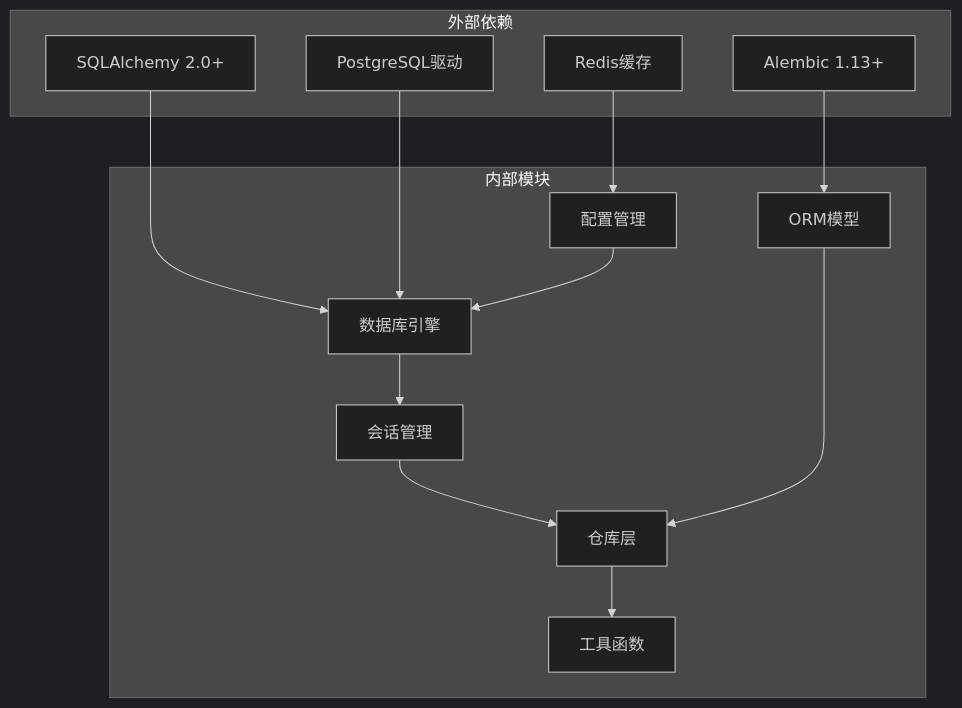
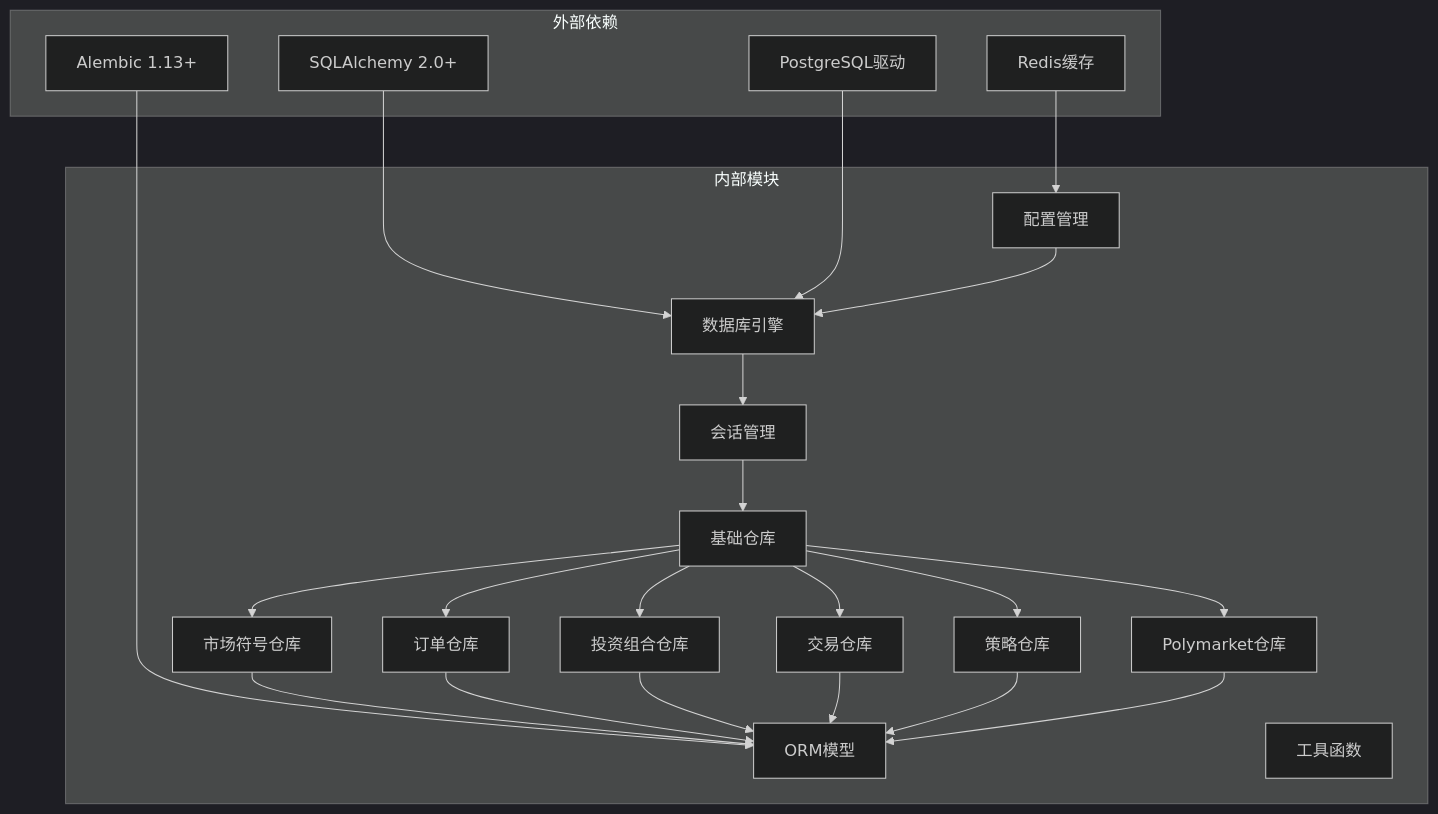
One commit to joezxh/QuantDinger changed diagram 11 of 11 in .qoder/repowiki/zh/content/核心功能模块/数据库现代化与ORM架构.md. Above: the diagram before and after it, drawn with Mermaid (dark theme). The commit also changed other lines of this file and 28 other files, not shown here.

````diff
--- a/.qoder/repowiki/zh/content/核心功能模块/数据库现代化与ORM架构.md
+++ b/.qoder/repowiki/zh/content/核心功能模块/数据库现代化与ORM架构.md
@@ -382,26 +720,42 @@
 ```mermaid
 graph TB
 subgraph "外部依赖"
 SQLAlchemy[SQLAlchemy 2.0+]
 Alembic[Alembic 1.13+]
 PostgreSQL[PostgreSQL驱动]
 Redis[Redis缓存]
 end
 subgraph "内部模块"
 Engine[数据库引擎]
 Session[会话管理]
+BaseRepo[基础仓库]
+MarketRepo[市场符号仓库]
+OrderRepo[订单仓库]
+PortfolioRepo[投资组合仓库]
+TradeRepo[交易仓库]
+StrategyRepo[策略仓库]
+PolymarketRepo[Polymarket仓库]
 Models[ORM模型]
-Repositories[仓库层]
 Utils[工具函数]
 Config[配置管理]
 end
 SQLAlchemy --> Engine
 Alembic --> Models
 PostgreSQL --> Engine
 Redis --> Config
 Engine --> Session
-Session --> Repositories
-Models --> Repositories
-Repositories --> Utils
+Session --> BaseRepo
+BaseRepo --> MarketRepo
+BaseRepo --> OrderRepo
+BaseRepo --> PortfolioRepo
+BaseRepo --> TradeRepo
+BaseRepo --> StrategyRepo
+BaseRepo --> PolymarketRepo
+MarketRepo --> Models
+OrderRepo --> Models
+PortfolioRepo --> Models
+TradeRepo --> Models
+StrategyRepo --> Models
+PolymarketRepo --> Models
 Config --> Engine
 ```
````
